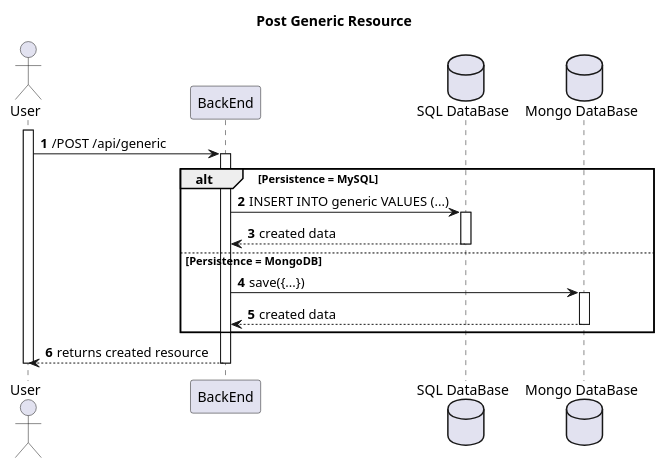
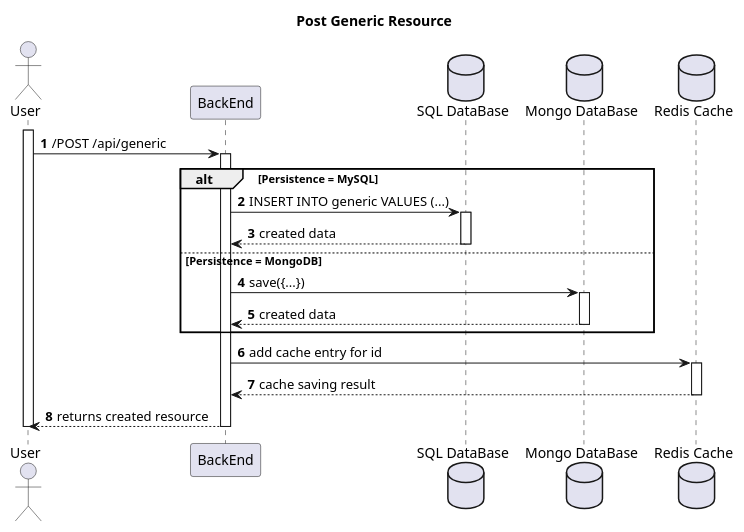
One commit to rutemf/1220944_1220772_G01 changed the diagram in Docs/System-To-Be/level2/genericSequenceDiagrams/post_sd.puml. Above: the diagram before and after it, drawn with PlantUML. The commit also changed 7 other files, not shown here.

```diff
--- a/Docs/System-To-Be/level2/genericSequenceDiagrams/post_sd.puml
+++ b/Docs/System-To-Be/level2/genericSequenceDiagrams/post_sd.puml
@@ -1,40 +1,48 @@
 @startuml
 
 autonumber
 
 title Post Generic Resource
 
 actor "User" as USER
 participant "BackEnd" as System
 database "SQL DataBase" as MYSQL
+database "SQL DataBase" as MYSQL
 database "Mongo DataBase" as MONGO
+database "Redis Cache" as REDIS
 
 activate USER
 
     USER -> System: /POST /api/generic
     activate System
 
         alt Persistence = MySQL
 
             System -> MYSQL: INSERT INTO generic VALUES (...)
             activate MYSQL
 
                 MYSQL --> System: created data
             deactivate MYSQL
 
         else Persistence = MongoDB
 
             System -> MONGO: save({...})
             activate MONGO
 
                 MONGO --> System: created data
             deactivate MONGO
 
         end
 
+        System -> REDIS: add cache entry for id
+        activate REDIS
+
+            REDIS --> System: cache saving result
+        deactivate REDIS
+
         System --> USER: returns created resource
     deactivate System
 
 deactivate USER
 
 @enduml
```
